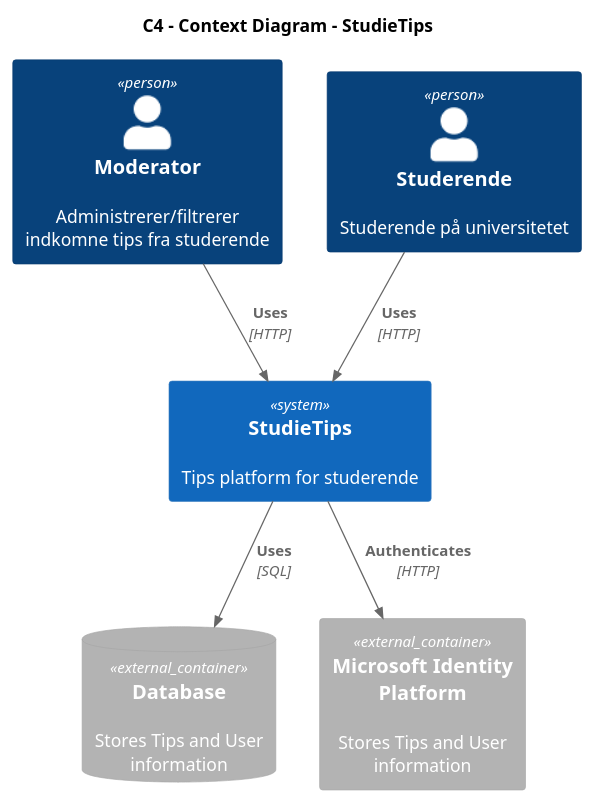
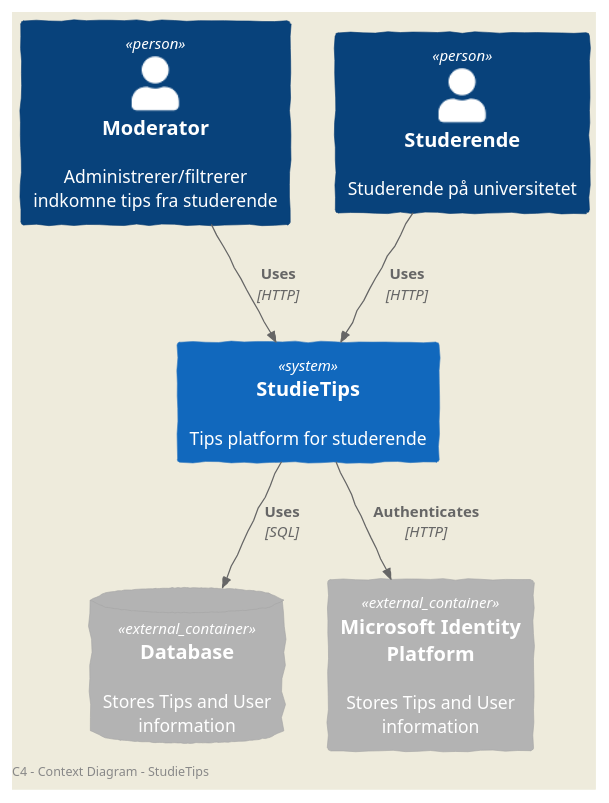
Before and after one commit to I4PRJ4/I4PRJ4-plantuml: the diagram in C4/C4-Level1/context.puml, drawn with PlantUML. The commit also changed 4 other files, not shown here.

Commit message:
Updated Architecture

```diff
--- a/C4/C4-Level1/context.puml
+++ b/C4/C4-Level1/context.puml
@@ -1,19 +1,20 @@
 @startuml System Context Diagram
 !include <C4/C4_Container>
+LAYOUT_AS_SKETCH()
 
-title C4 - Context Diagram - StudieTips
+left footer C4 - Context Diagram - StudieTips
 
 Person(mod, "Moderator", "Administrerer/filtrerer indkomne tips fra studerende")
 Person(student, "Studerende", "Studerende på universitetet")
 
 System(StudieTips, "StudieTips", "Tips platform for studerende")
 
 ContainerDb_Ext(Database, "Database","","Stores Tips and User information")
 Container_Ext(MIP, "Microsoft Identity Platform","","Stores Tips and User information")
 
 Rel(mod, StudieTips, "Uses", "HTTP")
 Rel(student, StudieTips, "Uses", "HTTP")
 Rel(StudieTips, Database, "Uses", "SQL")
 Rel(StudieTips, MIP, "Authenticates", "HTTP")
 
 @enduml
```
